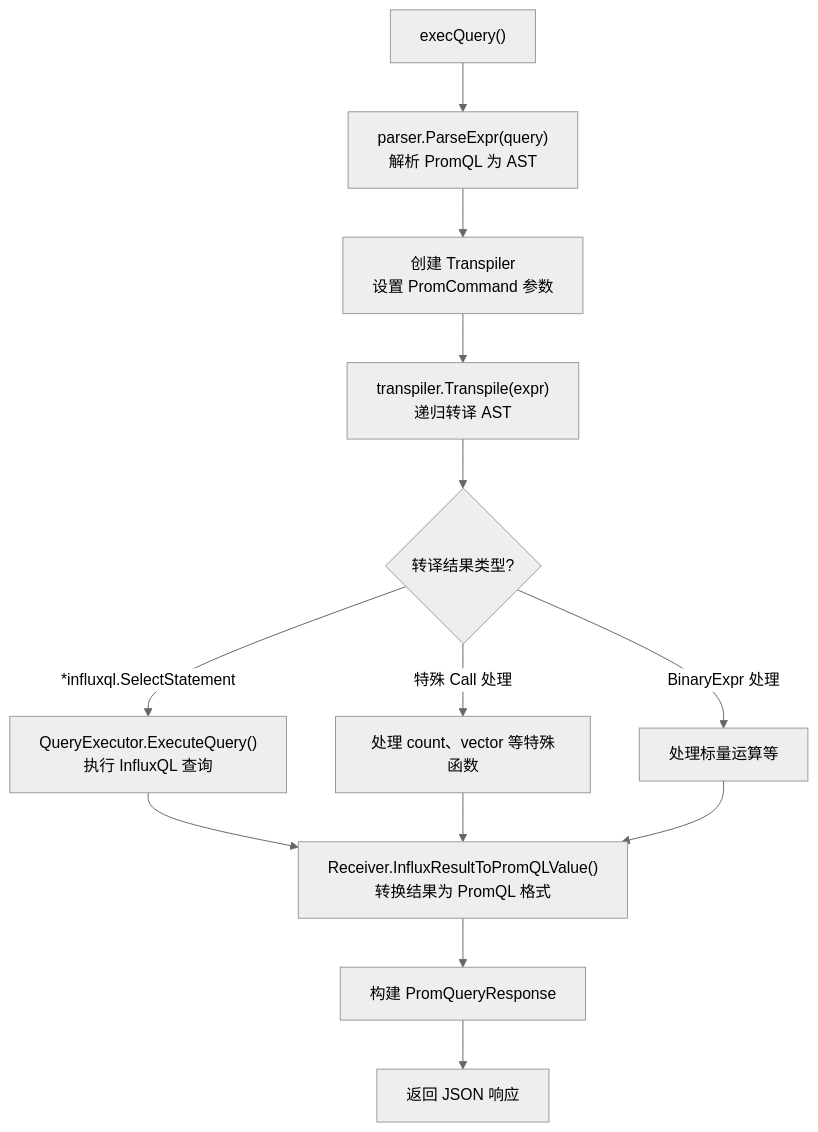
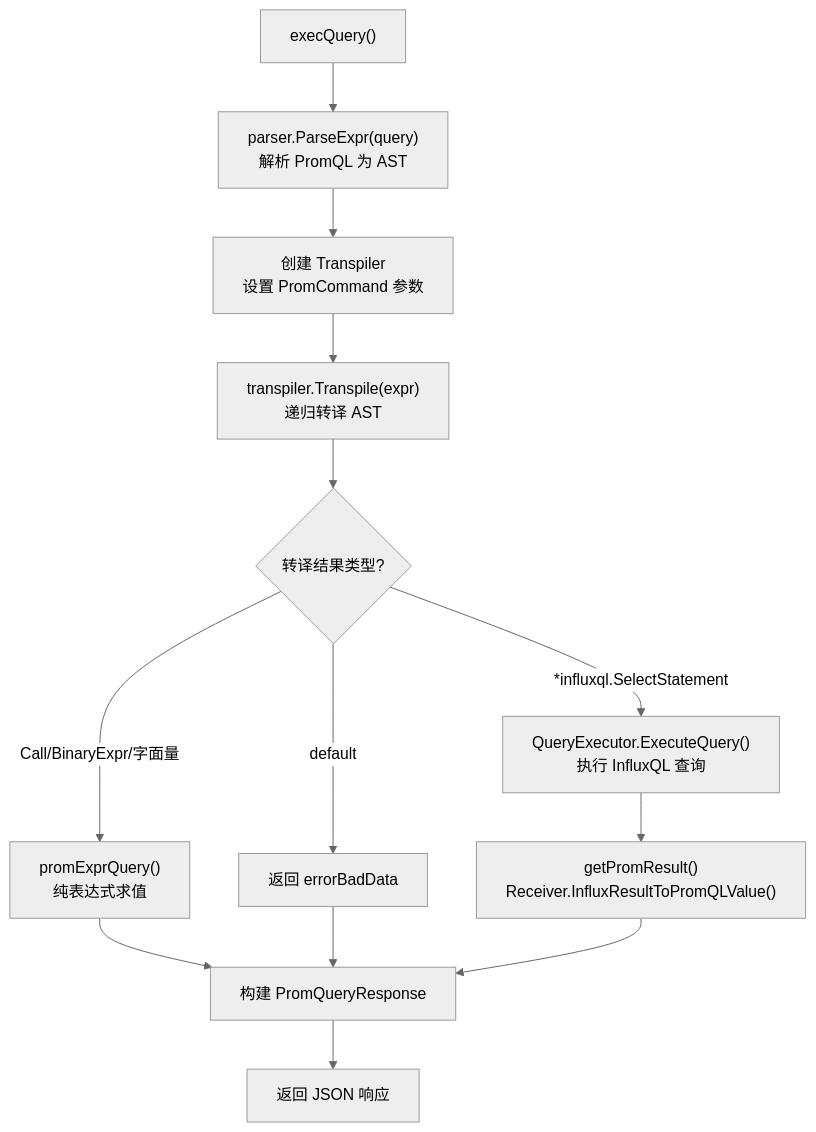
One commit to stefanv5/openGemini changed diagram 12 of 17 in docs/specs/08_promql_compatibility_spec.md. Above: the diagram before and after it, drawn with Mermaid (neutral theme). The commit also changed other lines of this file and 37 other files, not shown here.

````diff
--- a/docs/specs/08_promql_compatibility_spec.md
+++ b/docs/specs/08_promql_compatibility_spec.md
@@ -2084,15 +2158,15 @@
 ```mermaid
 graph TD
     A["execQuery()"] --> B["parser.ParseExpr(query)<br/>解析 PromQL 为 AST"]
     B --> C["创建 Transpiler<br/>设置 PromCommand 参数"]
     C --> D["transpiler.Transpile(expr)<br/>递归转译 AST"]
     D --> E{"转译结果类型?"}
     E -->|"*influxql.SelectStatement"| F["QueryExecutor.ExecuteQuery()<br/>执行 InfluxQL 查询"]
-    E -->|"特殊 Call 处理"| G["处理 count、vector 等特殊函数"]
-    E -->|"BinaryExpr 处理"| H["处理标量运算等"]
-    F --> I["Receiver.InfluxResultToPromQLValue()<br/>转换结果为 PromQL 格式"]
-    G --> I
-    H --> I
-    I --> J["构建 PromQueryResponse"]
+    E -->|"Call/BinaryExpr/字面量"| G["promExprQuery()<br/>纯表达式求值"]
+    E -->|"default"| H["返回 errorBadData"]
+    F --> I["getPromResult()<br/>Receiver.InfluxResultToPromQLValue()"]
+    G --> J["构建 PromQueryResponse"]
+    H --> J
+    I --> J
     J --> K["返回 JSON 响应"]
 ```
````
